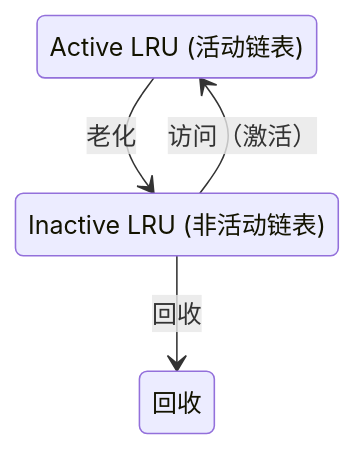
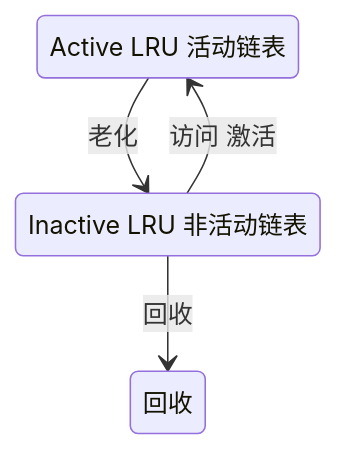
Before and after one commit to jpixy/jpixy.github.io: diagram 13 of 16 in content/articles/linux/linux-28-内核笔试题-文件系统与VFS.md, drawn with Mermaid. The commit also changed other lines of this file and 66 other files, not shown here.

Commit message:
fix: resolve Mermaid syntax errors by removing parentheses in node labels

````diff
--- a/content/articles/linux/linux-28-内核笔试题-文件系统与VFS.md
+++ b/content/articles/linux/linux-28-内核笔试题-文件系统与VFS.md
@@ -835,10 +835,10 @@
 ```mermaid
 stateDiagram-v2
-    ActiveLRU: Active LRU (活动链表)
-    InactiveLRU: Inactive LRU (非活动链表)
+    ActiveLRU: Active LRU 活动链表
+    InactiveLRU: Inactive LRU 非活动链表
     Reclaimed: 回收
     
     ActiveLRU --> InactiveLRU: 老化
-    InactiveLRU --> ActiveLRU: 访问（激活）
+    InactiveLRU --> ActiveLRU: 访问 激活
     InactiveLRU --> Reclaimed: 回收
 ```
````
